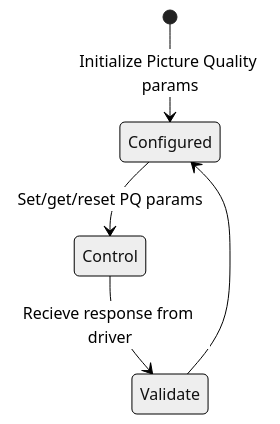
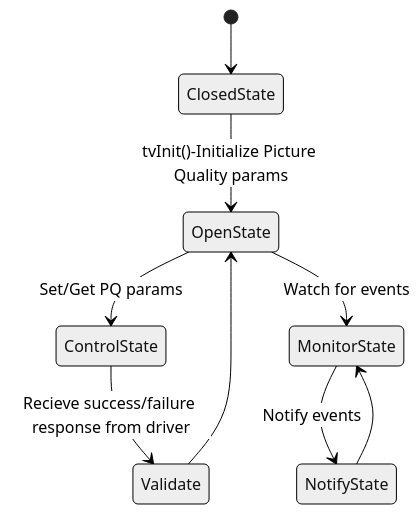
One commit to rdkcentral/rdkv-halif-tvsettings changed the third of 3 diagrams in docs/pages/halSpec.md. Above: the diagram before and after it, drawn with Mermaid (neutral theme). The commit also changed other lines of this file and 16 other files, not shown here.

````diff
--- a/docs/pages/halSpec.md
+++ b/docs/pages/halSpec.md
@@ -181,7 +190,11 @@
 ```mermaid
 stateDiagram-v2
-    [*] --> Configured: Initialize Picture Quality params
-    Configured --> Control: Set/get/reset PQ params
-    Control --> Validate: Recieve response from driver
-    Validate --> Configured
+    [*] --> ClosedState
+    ClosedState --> OpenState: tvInit()-Initialize Picture Quality params
+    OpenState --> ControlState: Set/Get PQ params
+    ControlState --> Validate: Recieve success/failure response from driver
+    Validate --> OpenState
+    OpenState --> MonitorState: Watch for events
+    MonitorState --> NotifyState: Notify events
+    NotifyState --> MonitorState
 ```
````
